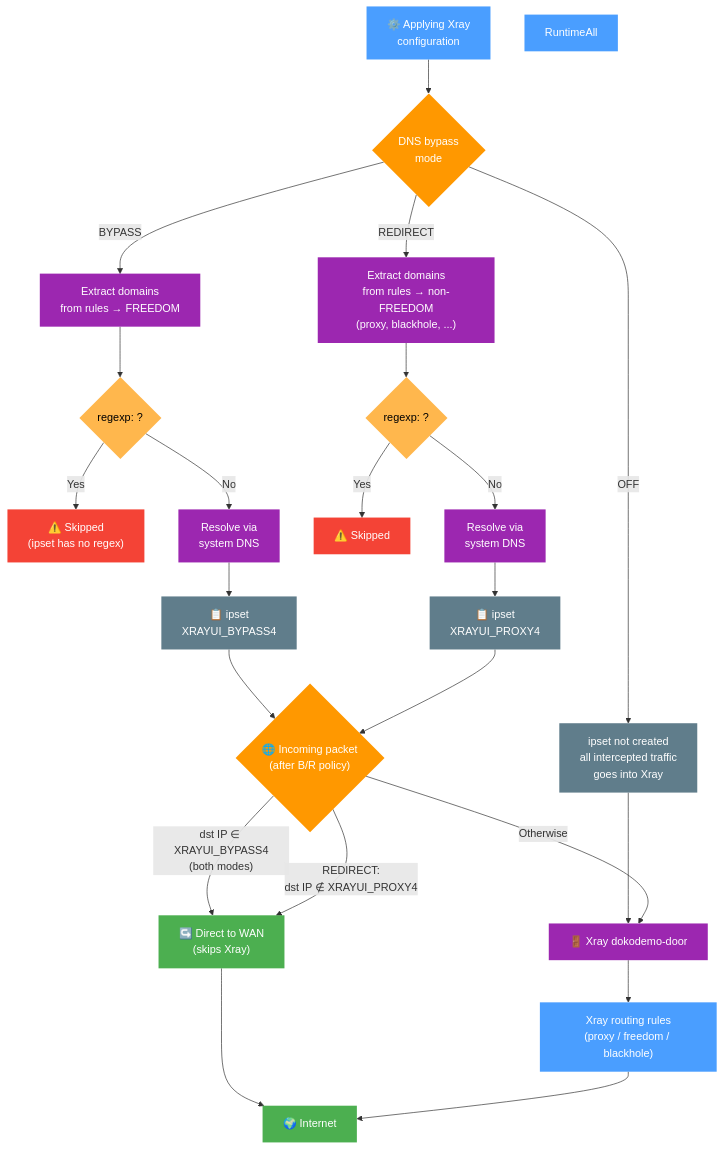
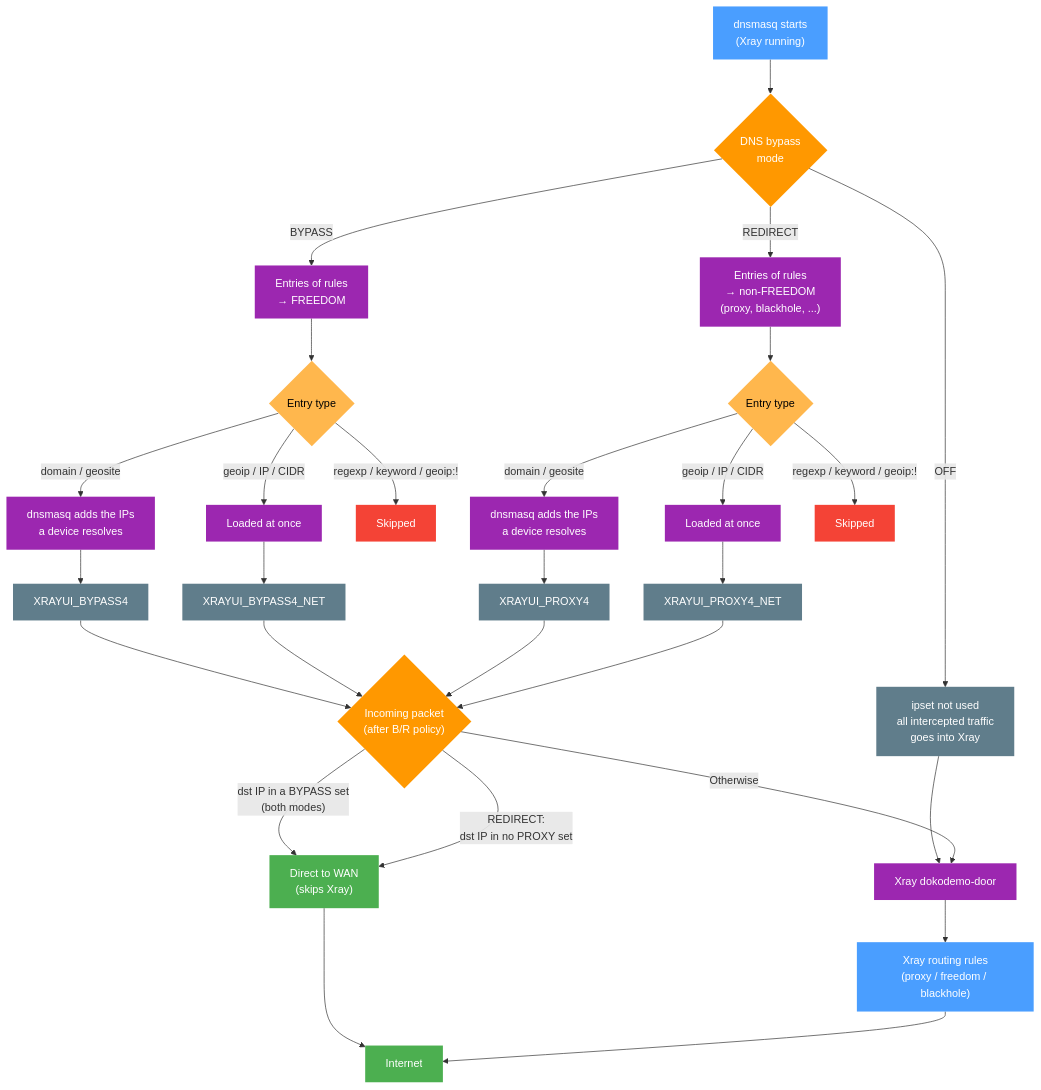
The diagram in docs/xrayui/en/general-options.md (DanielLavrushin/asuswrt-merlin-xrayui), drawn with Mermaid before and after one commit. The commit also changed other lines of this file and 103 other files, not shown here.

````diff
--- a/docs/xrayui/en/general-options.md
+++ b/docs/xrayui/en/general-options.md
@@ -95,52 +97,61 @@
 ```mermaid
 flowchart TD
-    Start["⚙️ Applying Xray<br/>configuration"] --> Mode{"DNS bypass<br/>mode"}
+    Start["dnsmasq starts<br/>(Xray running)"] --> Mode{"DNS bypass<br/>mode"}
 
-    Mode -->|"OFF"| NoIpset["ipset not created<br/>all intercepted traffic<br/>goes into Xray"]
-    Mode -->|"BYPASS"| ExtractFree["Extract domains<br/>from rules → FREEDOM"]
-    Mode -->|"REDIRECT"| ExtractProxy["Extract domains<br/>from rules → non-FREEDOM<br/>(proxy, blackhole, ...)"]
+    Mode -->|"OFF"| NoIpset["ipset not used<br/>all intercepted traffic<br/>goes into Xray"]
+    Mode -->|"BYPASS"| ExtractFree["Entries of rules<br/>→ FREEDOM"]
+    Mode -->|"REDIRECT"| ExtractProxy["Entries of rules<br/>→ non-FREEDOM<br/>(proxy, blackhole, ...)"]
 
-    ExtractFree --> SkipRegex1{"regexp: ?"}
-    ExtractProxy --> SkipRegex2{"regexp: ?"}
+    ExtractFree --> Kind1{"Entry type"}
+    ExtractProxy --> Kind2{"Entry type"}
 
-    SkipRegex1 -->|"Yes"| Ignored1["⚠️ Skipped<br/>(ipset has no regex)"]
-    SkipRegex1 -->|"No"| Resolve1["Resolve via<br/>system DNS"]
+    Kind1 -->|"domain / geosite"| Learn1["dnsmasq adds the IPs<br/>a device resolves"]
+    Kind1 -->|"geoip / IP / CIDR"| Static1["Loaded at once"]
+    Kind1 -->|"regexp / keyword / geoip:!"| Ignored1["Skipped"]
 
-    SkipRegex2 -->|"Yes"| Ignored2["⚠️ Skipped"]
-    SkipRegex2 -->|"No"| Resolve2["Resolve via<br/>system DNS"]
+    Kind2 -->|"domain / geosite"| Learn2["dnsmasq adds the IPs<br/>a device resolves"]
+    Kind2 -->|"geoip / IP / CIDR"| Static2["Loaded at once"]
+    Kind2 -->|"regexp / keyword / geoip:!"| Ignored2["Skipped"]
 
-    Resolve1 --> Ipset1["📋 ipset<br/>XRAYUI_BYPASS4"]
-    Resolve2 --> Ipset2["📋 ipset<br/>XRAYUI_PROXY4"]
+    Learn1 --> Ipset1["XRAYUI_BYPASS4"]
+    Static1 --> Net1["XRAYUI_BYPASS4_NET"]
+    Learn2 --> Ipset2["XRAYUI_PROXY4"]
+    Static2 --> Net2["XRAYUI_PROXY4_NET"]
 
-    Ipset1 --> Runtime{"🌐 Incoming packet<br/>(after B/R policy)"}
+    Ipset1 --> Runtime{"Incoming packet<br/>(after B/R policy)"}
+    Net1 --> Runtime
     Ipset2 --> Runtime
-    NoIpset --> Doko["🚪 Xray dokodemo-door"]
+    Net2 --> Runtime
+    NoIpset --> Doko["Xray dokodemo-door"]
 
-    Runtime -->|"dst IP ∈ XRAYUI_BYPASS4<br/>(both modes)"| Direct["↪️ Direct to WAN<br/>(skips Xray)"]
-    Runtime -->|"REDIRECT:<br/>dst IP ∉ XRAYUI_PROXY4"| Direct
+    Runtime -->|"dst IP in a BYPASS set<br/>(both modes)"| Direct["Direct to WAN<br/>(skips Xray)"]
+    Runtime -->|"REDIRECT:<br/>dst IP in no PROXY set"| Direct
     Runtime -->|"Otherwise"| Doko
 
     Doko --> XRules["Xray routing rules<br/>(proxy / freedom / blackhole)"]
-    Direct --> Internet["🌍 Internet"]
+    Direct --> Internet["Internet"]
     XRules --> Internet
 
     style Start fill:#4a9eff,color:#fff,stroke:none
     style Mode fill:#ff9800,color:#fff,stroke:none
-    style SkipRegex1 fill:#ffb74d,color:#000,stroke:none
-    style SkipRegex2 fill:#ffb74d,color:#000,stroke:none
+    style Kind1 fill:#ffb74d,color:#000,stroke:none
+    style Kind2 fill:#ffb74d,color:#000,stroke:none
     style Runtime fill:#ff9800,color:#fff,stroke:none
     style ExtractFree fill:#9c27b0,color:#fff,stroke:none
     style ExtractProxy fill:#9c27b0,color:#fff,stroke:none
-    style Resolve1 fill:#9c27b0,color:#fff,stroke:none
-    style Resolve2 fill:#9c27b0,color:#fff,stroke:none
+    style Learn1 fill:#9c27b0,color:#fff,stroke:none
+    style Learn2 fill:#9c27b0,color:#fff,stroke:none
+    style Static1 fill:#9c27b0,color:#fff,stroke:none
+    style Static2 fill:#9c27b0,color:#fff,stroke:none
     style Ipset1 fill:#607d8b,color:#fff,stroke:none
     style Ipset2 fill:#607d8b,color:#fff,stroke:none
+    style Net1 fill:#607d8b,color:#fff,stroke:none
+    style Net2 fill:#607d8b,color:#fff,stroke:none
     style NoIpset fill:#607d8b,color:#fff,stroke:none
     style Doko fill:#9c27b0,color:#fff,stroke:none
     style XRules fill:#4a9eff,color:#fff,stroke:none
     style Direct fill:#4caf50,color:#fff,stroke:none
     style Internet fill:#4caf50,color:#fff,stroke:none
-    style RuntimeAll fill:#4a9eff,color:#fff,stroke:none
     style Ignored1 fill:#f44336,color:#fff,stroke:none
     style Ignored2 fill:#f44336,color:#fff,stroke:none
 ```
````
